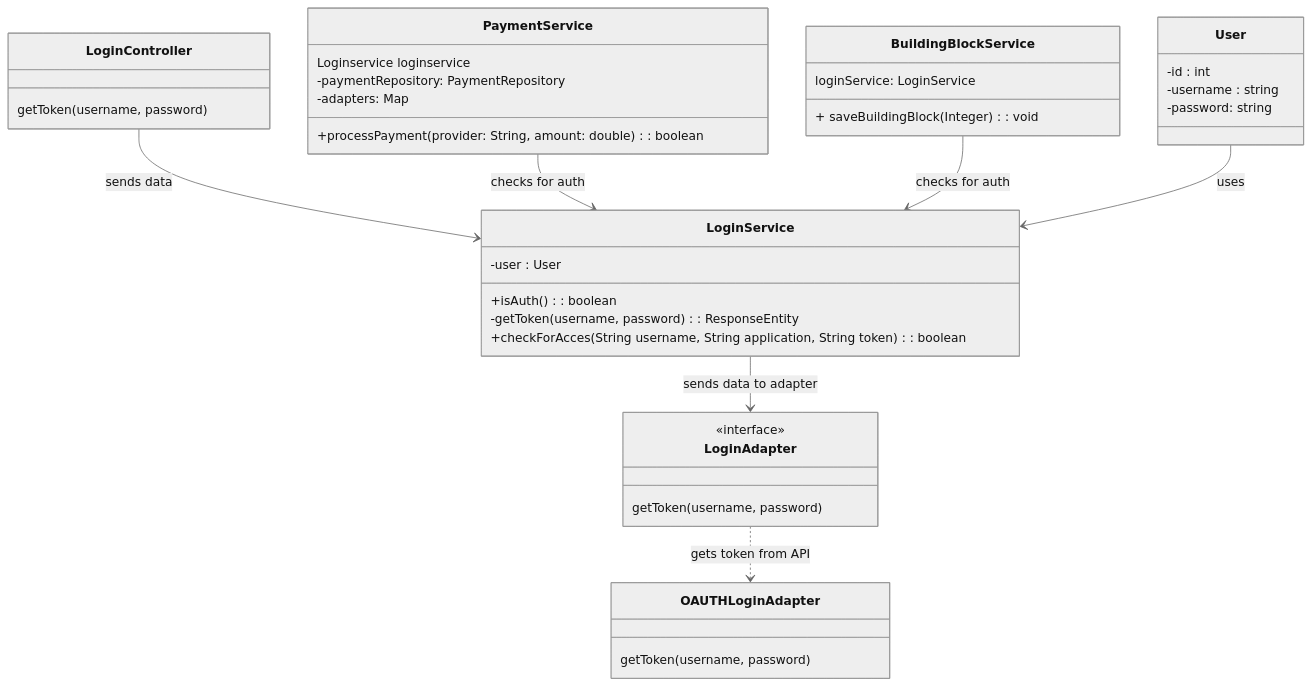
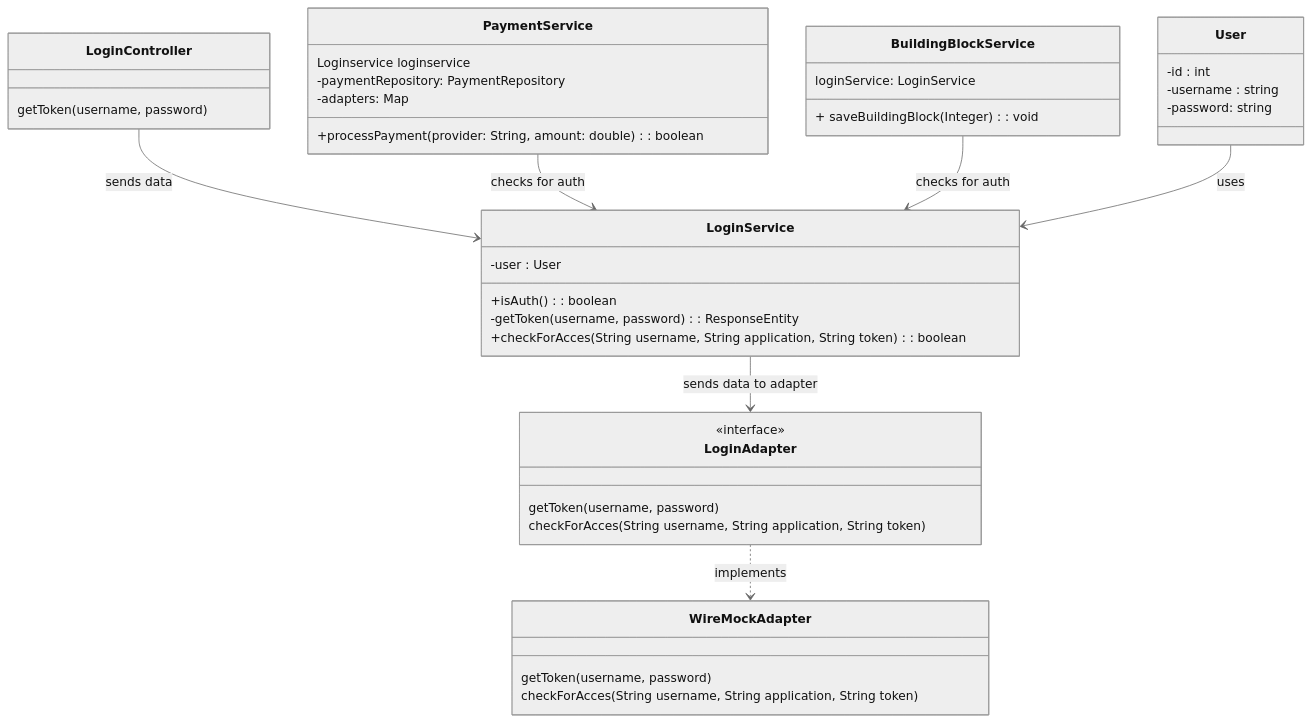
The first of 3 diagrams in software-guidebook/README.md (AIM-ENE-feb25/triptop-inshallahboys), drawn with Mermaid (neutral theme) before and after one commit. The commit also changed other lines of this file, not shown here.

````diff
--- a/software-guidebook/README.md
+++ b/software-guidebook/README.md
@@ -109,50 +109,52 @@
 ```mermaid
 classDiagram
 
 class User {
     -id : int
     -username : string
     -password: string
 }
 
 class LoginController{
     getToken(username, password)
 }
 
 class LoginService{
     -user : User
     +isAuth() : boolean
     -getToken(username, password) : ResponseEntity<String>
     +checkForAcces(String username, String application, String token) : boolean
 }
 
 class LoginAdapter{
     <<interface>>
     getToken(username, password)
+    checkForAcces(String username, String application, String token)
 }
 
-class OAUTHLoginAdapter{
+class WireMockAdapter{
     getToken(username, password)
+    checkForAcces(String username, String application, String token)
 }
 
 
 class PaymentService {
     Loginservice loginservice
     +processPayment(provider: String, amount: double): boolean
     -paymentRepository: PaymentRepository
     -adapters: Map<String, PaymentAdapter>
 }
 
 class BuildingBlockService {
     loginService: LoginService
     + saveBuildingBlock(Integer): void
 }
 
 LoginController --> LoginService : sends data
 LoginService --> LoginAdapter : sends data to adapter
-LoginAdapter ..> OAUTHLoginAdapter : gets token from API
+LoginAdapter ..> WireMockAdapter : implements
 PaymentService --> LoginService : checks for auth
 BuildingBlockService --> LoginService : checks for auth
 User --> LoginService : uses
 
 ```
````
